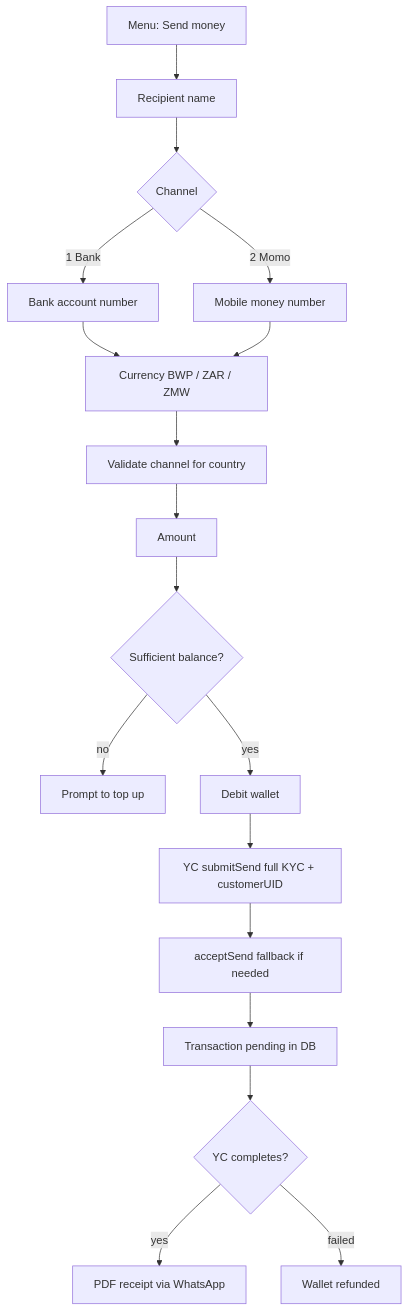
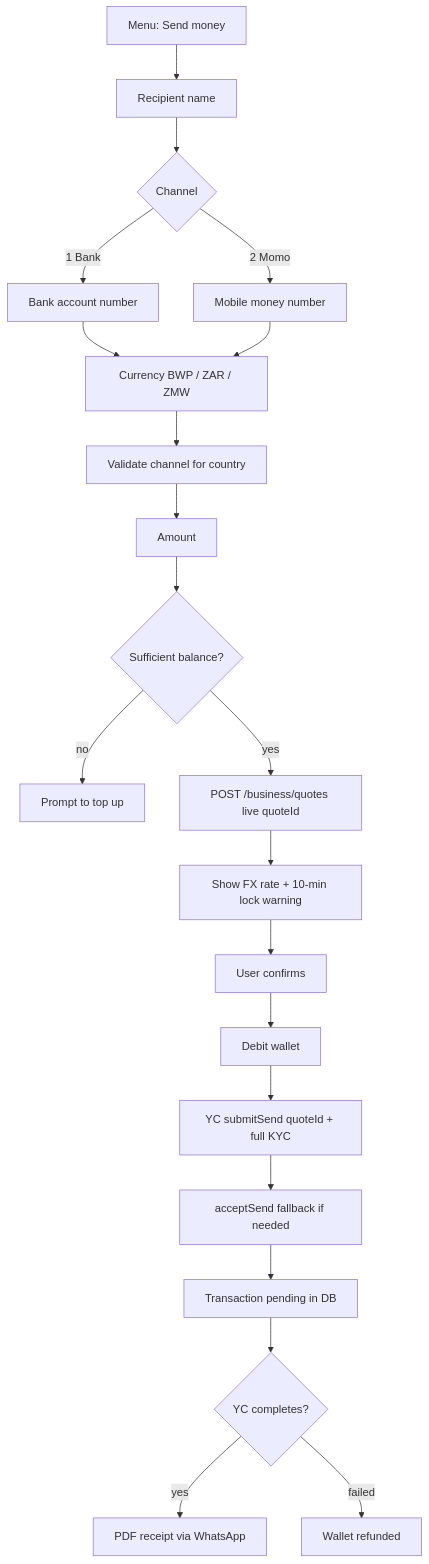
Before and after one commit to Brusselsmara/whatsapp-bot-automated: the third of 4 diagrams in README.md, drawn with Mermaid. The commit also changed other lines of this file and 5 other files, not shown here.

First line of the commit message:
Add live FX quotes with per-business margin before outbound sends.

````diff
--- a/README.md
+++ b/README.md
@@ -246,20 +276,23 @@
 ```mermaid
 flowchart TD
     A[Menu: Send money] --> B[Recipient name]
     B --> C{Channel}
     C -->|1 Bank| D[Bank account number]
     C -->|2 Momo| E[Mobile money number]
     D --> F[Currency BWP / ZAR / ZMW]
     E --> F
     F --> G[Validate channel for country]
     G --> H[Amount]
     H --> I{Sufficient balance?}
     I -->|no| J[Prompt to top up]
-    I -->|yes| K[Debit wallet]
-    K --> L[YC submitSend full KYC + customerUID]
+    I -->|yes| Q[POST /business/quotes live quoteId]
+    Q --> R[Show FX rate + 10-min lock warning]
+    R --> S[User confirms]
+    S --> K[Debit wallet]
+    K --> L[YC submitSend quoteId + full KYC]
     L --> M[acceptSend fallback if needed]
     M --> N[Transaction pending in DB]
     N --> O{YC completes?}
     O -->|yes| P[PDF receipt via WhatsApp]
-    O -->|failed| Q[Wallet refunded]
+    O -->|failed| T[Wallet refunded]
 ```
````
